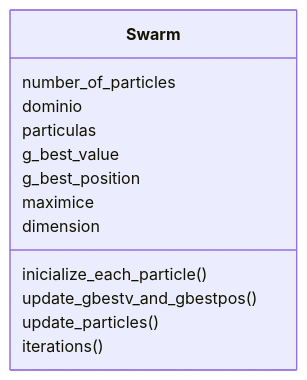
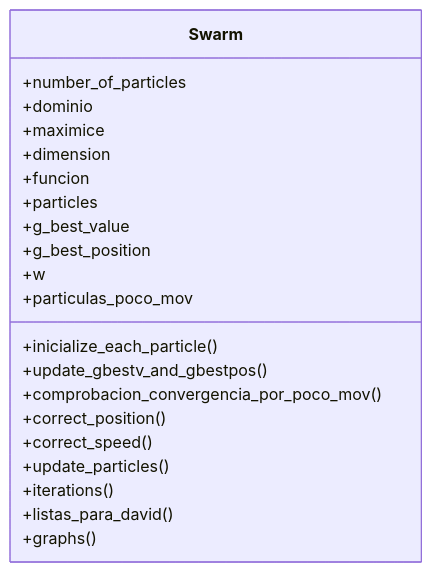
Before and after one commit to JavierGONL/PSO: the second of 4 diagrams in README.md, drawn with Mermaid. The commit also changed other lines of this file, not shown here.

````diff
--- a/README.md
+++ b/README.md
@@ -77,16 +79,24 @@
 ```mermaid
 classDiagram
     class Swarm{
-        number_of_particles
-        dominio
-        particulas
-        g_best_value
-        g_best_position
-        maximice
-        dimension
-        inicialize_each_particle()
-        update_gbestv_and_gbestpos()
-        update_particles()
-        iterations()
+        +number_of_particles
+	    +dominio
+	    +maximice
+	    +dimension
+	    +funcion
+	    +particles
+	    +g_best_value
+	    +g_best_position
+	    +w
+	    +particulas_poco_mov
+	    +inicialize_each_particle()
+	    +update_gbestv_and_gbestpos()
+	    +comprobacion_convergencia_por_poco_mov()
+	    +correct_position()
+	    +correct_speed()
+	    +update_particles()
+	    +iterations()
+	    +listas_para_david()
+	    +graphs()
     }
 ```
````
